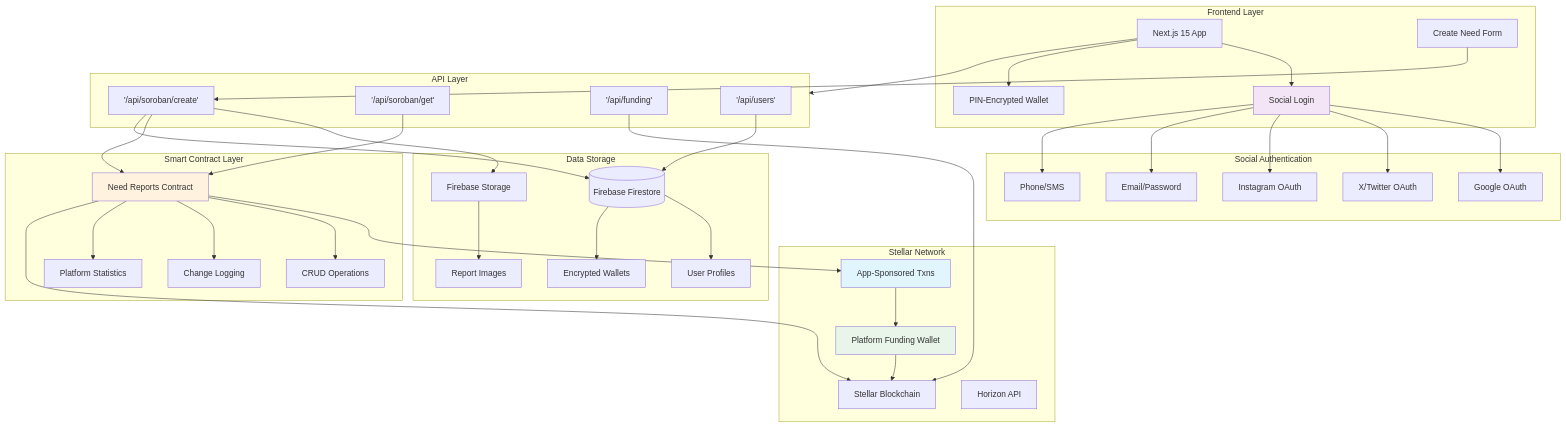
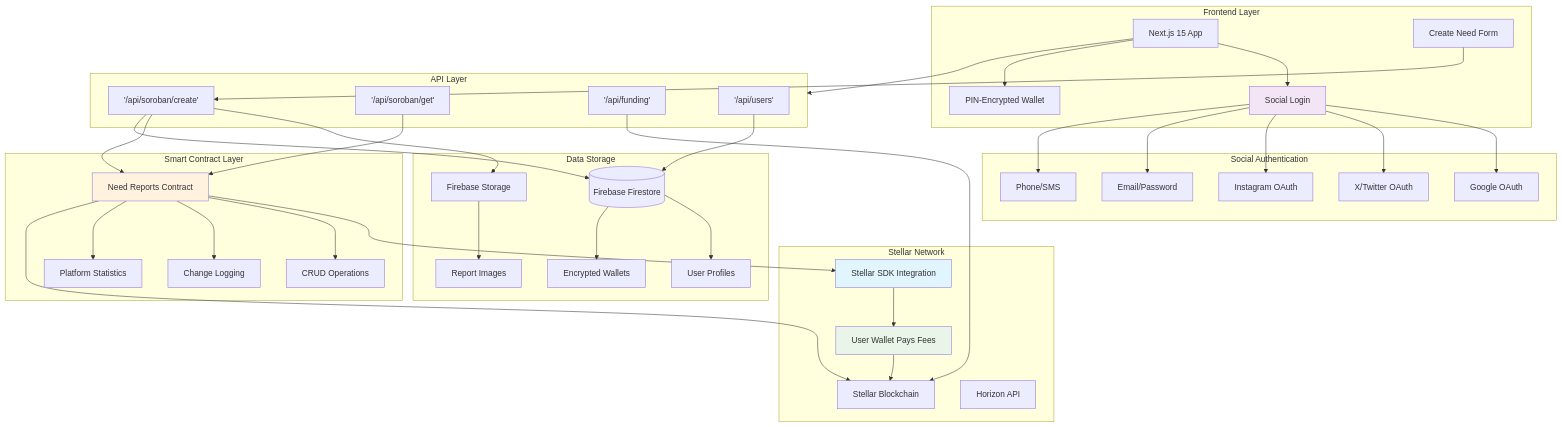
The first of 4 diagrams in README.md (JulioMCruz/Donaria), drawn with Mermaid before and after one commit. The commit also changed other lines of this file and 27 other files, not shown here.

Commit message:
Fixin needs dashboard from using only stellar sdk and stellar api

````diff
--- a/README.md
+++ b/README.md
@@ -158,8 +161,8 @@
     subgraph Blockchain [Stellar Network]
         STELLAR[Stellar Blockchain]
         HORIZON[Horizon API]
-        GASLESS[App-Sponsored Txns]
-        FUNDING_WALLET[Platform Funding Wallet]
+        SDK[Stellar SDK Integration]
+        USER_WALLET[User Wallet Pays Fees]
     end
     
     subgraph Storage [Data Storage]
@@ -191,10 +194,10 @@
     CREATE_API --> FIREBASE_STORAGE
     CREATE_API --> CONTRACT
     
-    %% Gasless Transaction Flow
-    CONTRACT --> GASLESS
-    GASLESS --> FUNDING_WALLET
-    FUNDING_WALLET --> STELLAR
+    %% Stellar SDK Transaction Flow
+    CONTRACT --> SDK
+    SDK --> USER_WALLET
+    USER_WALLET --> STELLAR
     
     %% Data Storage Flow
     CREATE_API --> FIRESTORE
@@ -214,8 +217,8 @@
     FUNDING_API --> STELLAR
     USERS_API --> FIRESTORE
     
-    style GASLESS fill:#e1f5fe
-    style FUNDING_WALLET fill:#e8f5e8
+    style SDK fill:#e1f5fe
+    style USER_WALLET fill:#e8f5e8
     style CONTRACT fill:#fff3e0
     style AUTH fill:#f3e5f5
 ```
````
